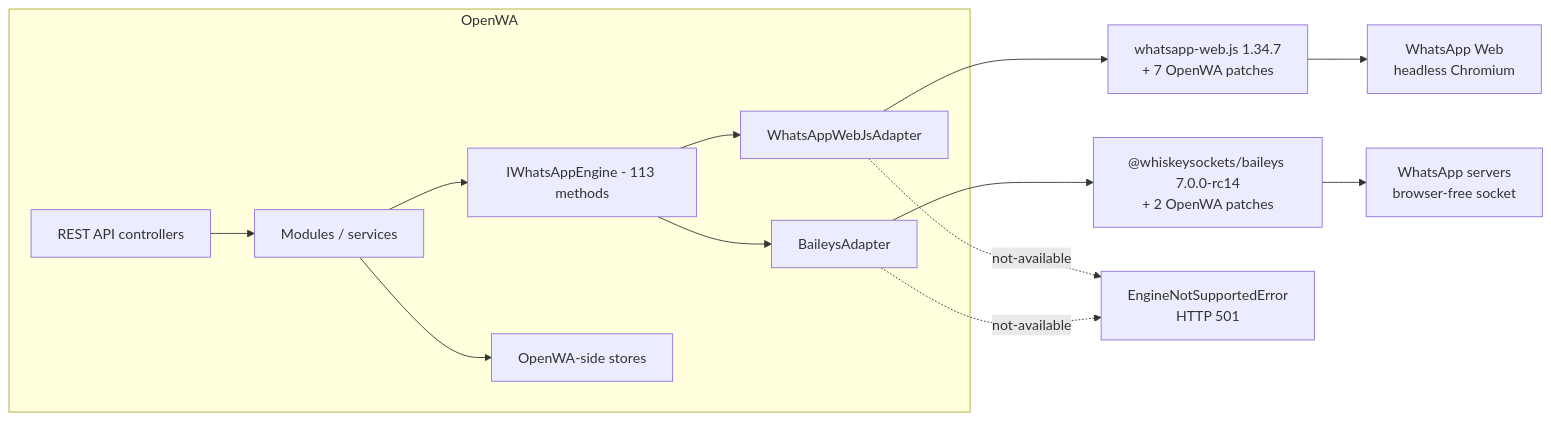
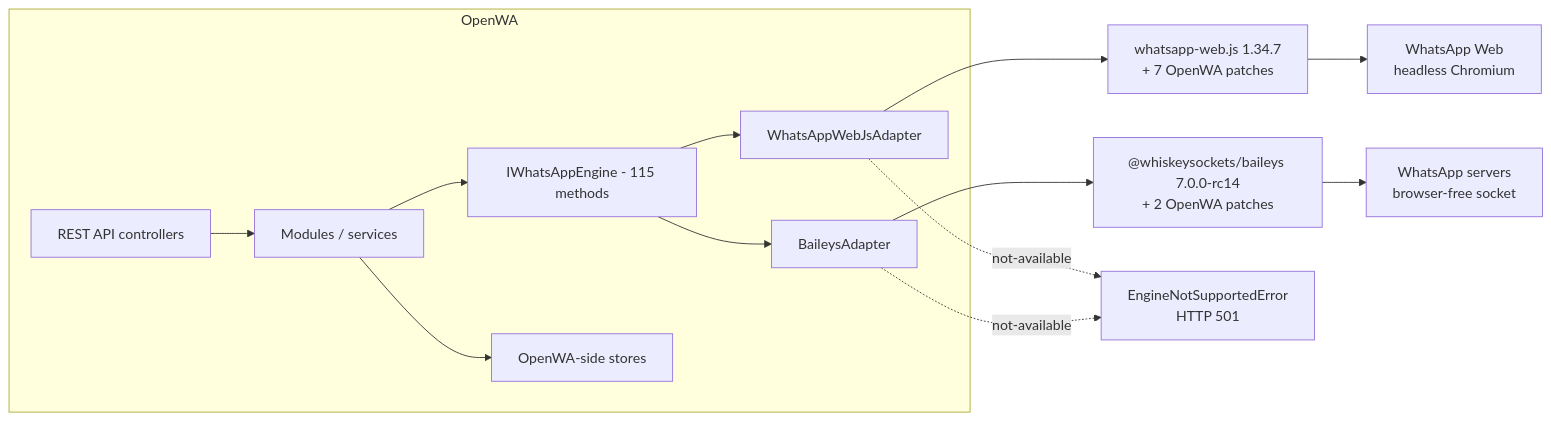
One commit to bluecoysind-ui/OpenWA changed the first of 2 diagrams in docs/29-engine-capability-matrix.md. Above: the diagram before and after it, drawn with Mermaid. The commit also changed other lines of this file and 18 other files, not shown here.

````diff
--- a/docs/29-engine-capability-matrix.md
+++ b/docs/29-engine-capability-matrix.md
@@ -43,16 +43,16 @@
 ```mermaid
 flowchart LR
     subgraph OpenWA["OpenWA"]
         API["REST API controllers"] --> SVC["Modules / services"]
-        SVC --> IF["IWhatsAppEngine - 113 methods"]
+        SVC --> IF["IWhatsAppEngine - 115 methods"]
         IF --> WA["WhatsAppWebJsAdapter"]
         IF --> BA["BaileysAdapter"]
         SVC --> STORE["OpenWA-side stores"]
     end
     WA --> WLIB["whatsapp-web.js 1.34.7<br/>+ 7 OpenWA patches"]
     BA --> BLIB["@whiskeysockets/baileys 7.0.0-rc14<br/>+ 2 OpenWA patches"]
     WLIB --> WEB["WhatsApp Web<br/>headless Chromium"]
     BLIB --> WAS["WhatsApp servers<br/>browser-free socket"]
     WA -.->|"not-available"| E["EngineNotSupportedError<br/>HTTP 501"]
     BA -.->|"not-available"| E
 ```
````
